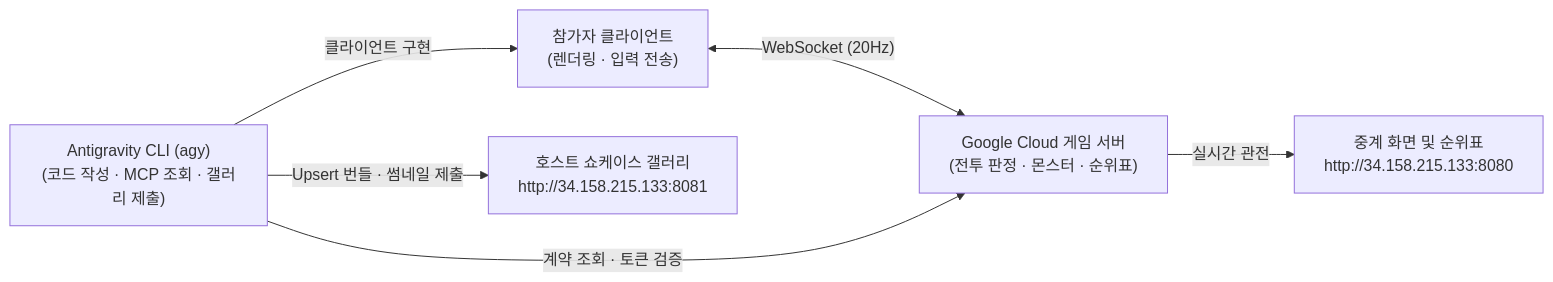
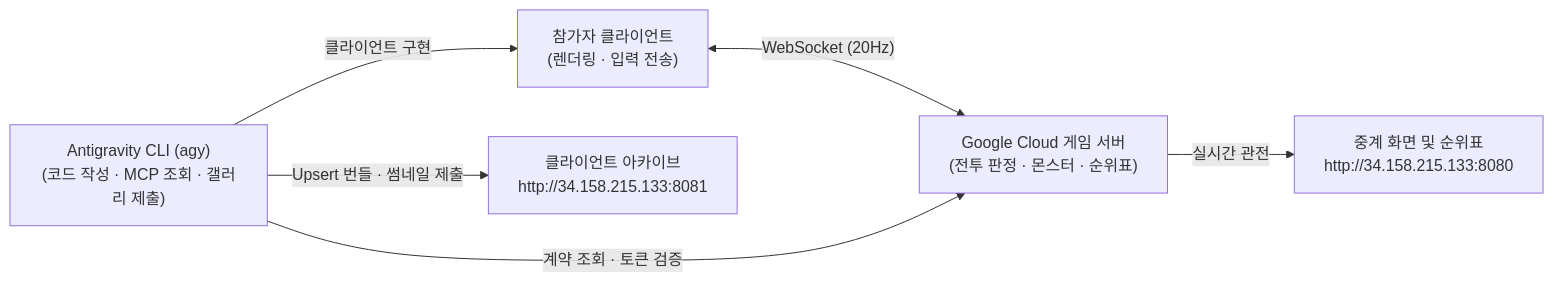
The first of 2 diagrams in README.md (KennethanCeyer/build-beyond-limits), drawn with Mermaid before and after one commit. The commit also changed other lines of this file and 2 other files, not shown here.

````diff
--- a/README.md
+++ b/README.md
@@ -21,8 +21,8 @@
 ```mermaid
 flowchart LR
   A["참가자 클라이언트\n(렌더링 · 입력 전송)"] <-->|"WebSocket (20Hz)"| B["Google Cloud 게임 서버\n(전투 판정 · 몬스터 · 순위표)"]
   C["Antigravity CLI (agy)\n(코드 작성 · MCP 조회 · 갤러리 제출)"] -->|"클라이언트 구현"| A
   C -->|"계약 조회 · 토큰 검증"| B
-  C -->|"Upsert 번들 · 썸네일 제출"| G["호스트 쇼케이스 갤러리\nhttp://34.158.215.133:8081"]
+  C -->|"Upsert 번들 · 썸네일 제출"| G["클라이언트 아카이브\nhttp://34.158.215.133:8081"]
   B -->|"실시간 관전"| D["중계 화면 및 순위표\nhttp://34.158.215.133:8080"]
 ```
````
